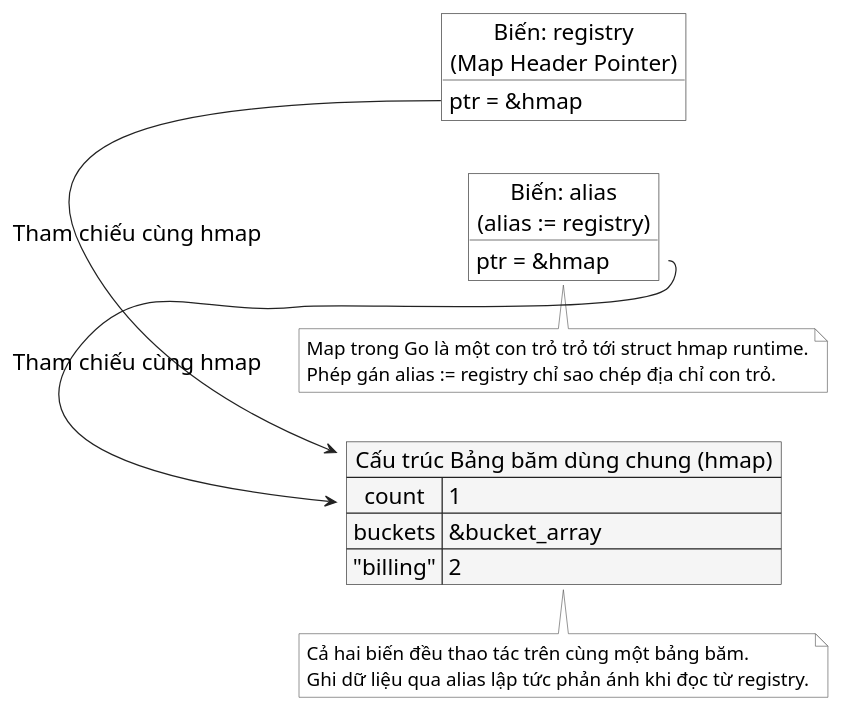
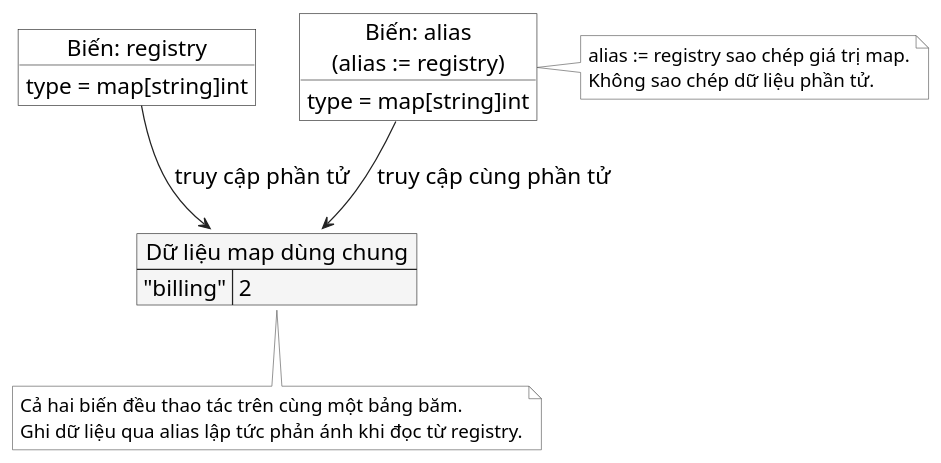
The diagram in assets/diagrams/map-sharing.puml (Minhlike/Golang), drawn with PlantUML before and after one commit. The commit also changed 31 other files, not shown here.

```diff
--- a/assets/diagrams/map-sharing.puml
+++ b/assets/diagrams/map-sharing.puml
@@ -1,52 +1,51 @@
 @startuml
 skinparam backgroundColor white
 skinparam shadowing false
 skinparam defaultFontName "Source Sans 3"
 skinparam defaultFontSize 18
 skinparam defaultFontColor #000000
 skinparam arrowColor #222222
 skinparam map {
   BackgroundColor #F5F5F5
   BorderColor #222222
   FontColor #000000
 }
 skinparam object {
   BackgroundColor #FFFFFF
   BorderColor #222222
   FontColor #000000
 }
 skinparam note {
   BackgroundColor #FFFFFF
   BorderColor #555555
   FontColor #000000
   FontSize 15
 }
-left to right direction
+top to bottom direction
 
-object "Biến: registry\n(Map Header Pointer)" as registry {
-  ptr = &hmap
+object "Biến: registry" as registry {
+  type = map[string]int
 }
 
 object "Biến: alias\n(alias := registry)" as alias {
-  ptr = &hmap
+  type = map[string]int
 }
 
-map "Cấu trúc Bảng băm dùng chung (hmap)" as hmap {
-  count => 1
-  buckets => &bucket_array
+map "Dữ liệu map dùng chung" as data {
   "billing" => 2
 }
 
-registry::ptr -right-> hmap : Tham chiếu cùng hmap
-alias::ptr -right-> hmap : Tham chiếu cùng hmap
+registry -[hidden]right-> alias
+registry -down-> data : truy cập phần tử
+alias -down-> data : truy cập cùng phần tử
 
-note bottom of alias
-  Map trong Go là một con trỏ trỏ tới struct hmap runtime.
-  Phép gán alias := registry chỉ sao chép địa chỉ con trỏ.
+note right of alias
+  alias := registry sao chép giá trị map.
+  Không sao chép dữ liệu phần tử.
 end note
 
-note bottom of hmap
+note bottom of data
   Cả hai biến đều thao tác trên cùng một bảng băm.
   Ghi dữ liệu qua alias lập tức phản ánh khi đọc từ registry.
 end note
 @enduml
```
